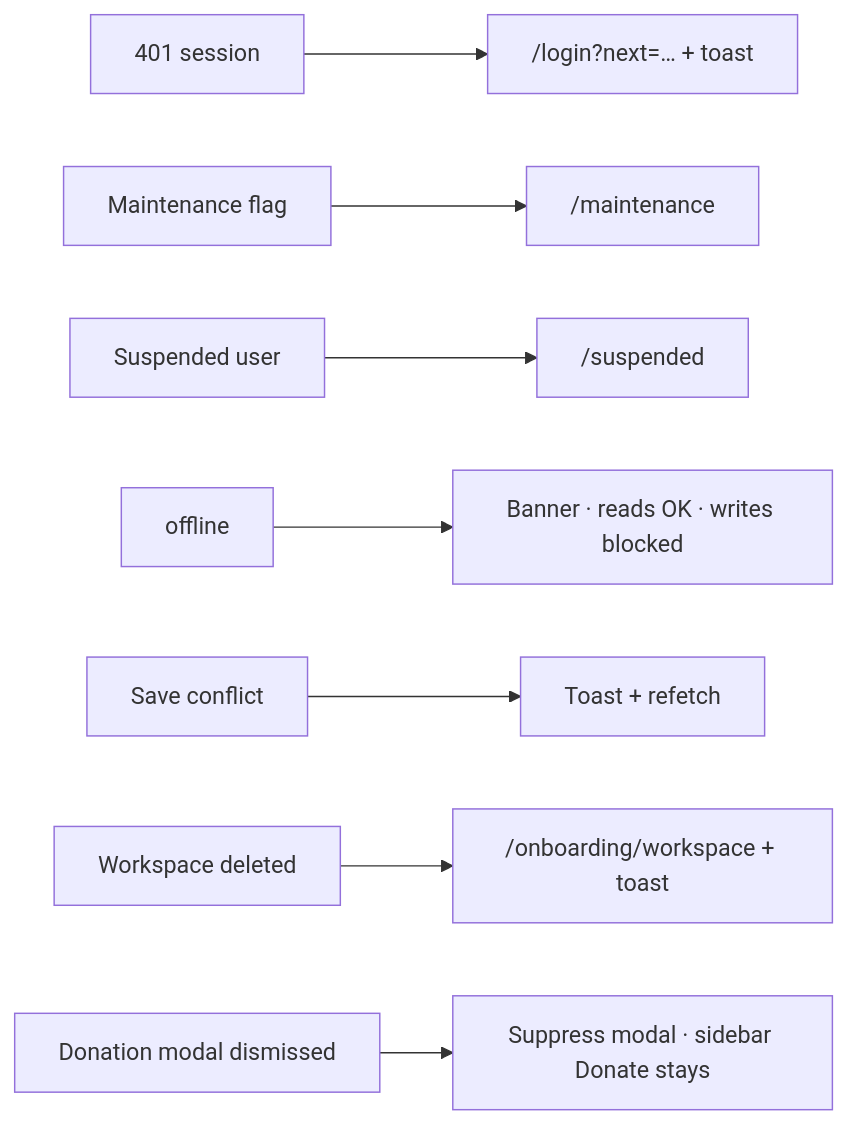
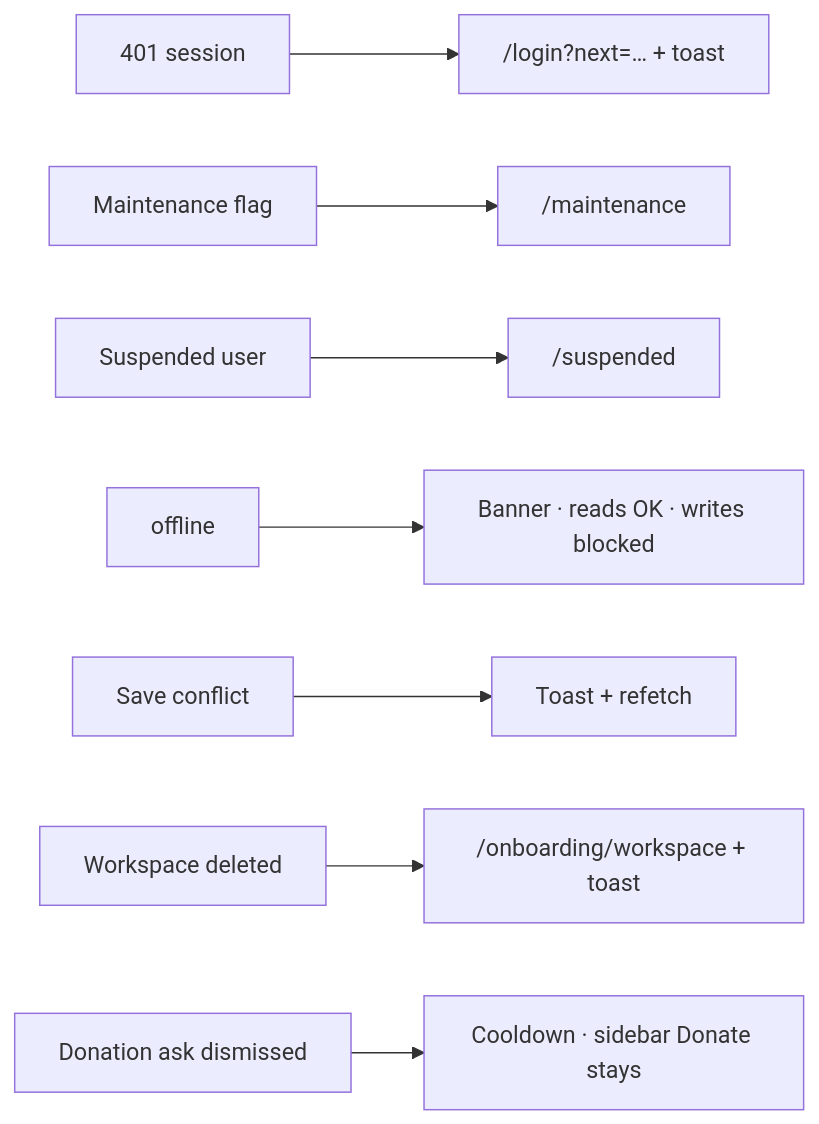
One commit to wildan-png/todoAppWorkflow-design changed the sixth of 6 diagrams in design/sitemap.backup2.md. Above: the diagram before and after it, drawn with Mermaid. The commit also changed other lines of this file and 4 other files, not shown here.

````diff
--- a/design/sitemap.backup2.md
+++ b/design/sitemap.backup2.md
@@ -539,10 +678,10 @@
 ```mermaid
 flowchart LR
   T401["401 session"] --> R401["/login?next=… + toast"]
   TMaint["Maintenance flag"] --> RMaint["/maintenance"]
   TSusp["Suspended user"] --> RSusp["/suspended"]
   TOff["offline"] --> BOff["Banner · reads OK · writes blocked"]
   TConf["Save conflict"] --> HConf["Toast + refetch"]
   TWsDel["Workspace deleted"] --> RWs["/onboarding/workspace + toast"]
-  TDon["Donation modal dismissed"] --> CDon["Suppress modal · sidebar Donate stays"]
+  TDon["Donation ask dismissed"] --> CDon["Cooldown · sidebar Donate stays"]
 ```
````
